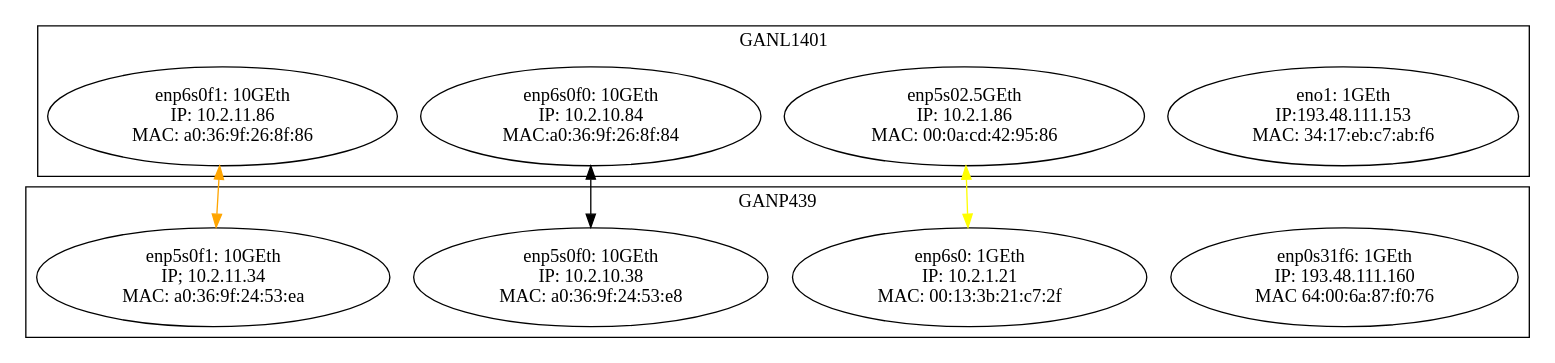
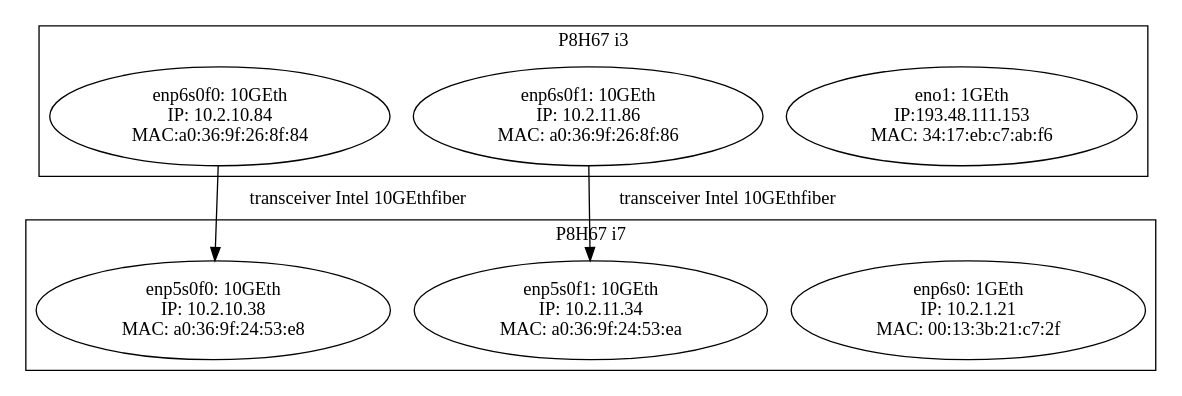
The diagram in graph.dot (AdrielEP/test), drawn with Graphviz before and after one commit. The commit also changed other lines of this file and 5 other files, not shown here.

```diff
--- a/graph.dot
+++ b/graph.dot
@@ -1,24 +1,20 @@
-digraph G            
+digraph REActif_transceiver           
 {
-  subgraph cluster_GANL1401        
-  {label=GANL1401
-	eno1[shape=ellipse,label="eno1: 1GEth\n IP:193.48.111.153\n MAC: 34:17:eb:c7:ab:f6"]
-	enp5s0[shape=ellipse,label="enp5s02.5GEth\n IP: 10.2.1.86\n MAC: 00:0a:cd:42:95:86"]
-	enp6s0f0[shape=ellipse,label="enp6s0f0: 10GEth\n IP: 10.2.10.84\n MAC:a0:36:9f:26:8f:84"]
-	enp6s0f1[shape=ellipse,label="enp6s0f1: 10GEth\n IP: 10.2.11.86\n MAC: a0:36:9f:26:8f:86"]
-  }//GANL1401
+  subgraph cluster_i3
+  {label="P8H67 i3"
+	eno1[label="eno1: 1GEth\n IP:193.48.111.153\n MAC: 34:17:eb:c7:ab:f6"]
+	i0f0[label="enp6s0f0: 10GEth\n IP: 10.2.10.84\n MAC:a0:36:9f:26:8f:84"]
+	i0f1[label="enp6s0f1: 10GEth\n IP: 10.2.11.86\n MAC: a0:36:9f:26:8f:86"]
+  }//i3
 
-  subgraph cluster_GANP349        
-  {label=GANP439
-	enp0s31f6[shape=ellipse,label="enp0s31f6: 1GEth\n IP: 193.48.111.160\n MAC 64:00:6a:87:f0:76"]
-	enp6s0[shape=ellipse,label="enp6s0: 1GEth\n IP: 10.2.1.21\n MAC: 00:13:3b:21:c7:2f"]
-	enp5s0f0[shape=ellipse,label="enp5s0f0: 10GEth\n IP: 10.2.10.38\n MAC: a0:36:9f:24:53:e8"]
-	enp5s0f1[shape=ellipse,label="enp5s0f1: 10GEth\n IP; 10.2.11.34\n MAC: a0:36:9f:24:53:ea"]
-  }//GANP439
+  subgraph cluster_i7
+  {label="P8H67 i7"
+	enp6s0[label="enp6s0: 1GEth\n IP: 10.2.1.21\n MAC: 00:13:3b:21:c7:2f"]
+	i1f0[label="enp5s0f0: 10GEth\n IP: 10.2.10.38\n MAC: a0:36:9f:24:53:e8"]
+	i1f1[label="enp5s0f1: 10GEth\n IP: 10.2.11.34\n MAC: a0:36:9f:24:53:ea"]
+  }//i7
 
- enp5s0 -> enp6s0 [dir=both color="yellow"]
- enp6s0f0 -> enp5s0f0 [dir=both color="black"]
- enp6s0f1 -> enp5s0f1 [dir=both color="orange"]
-
+ i0f0 -> i1f0 [label="transceiver Intel 10GEth\fiber"]
+ i0f1 -> i1f1 [label="transceiver Intel 10GEth\fiber"]
 
 }
```
